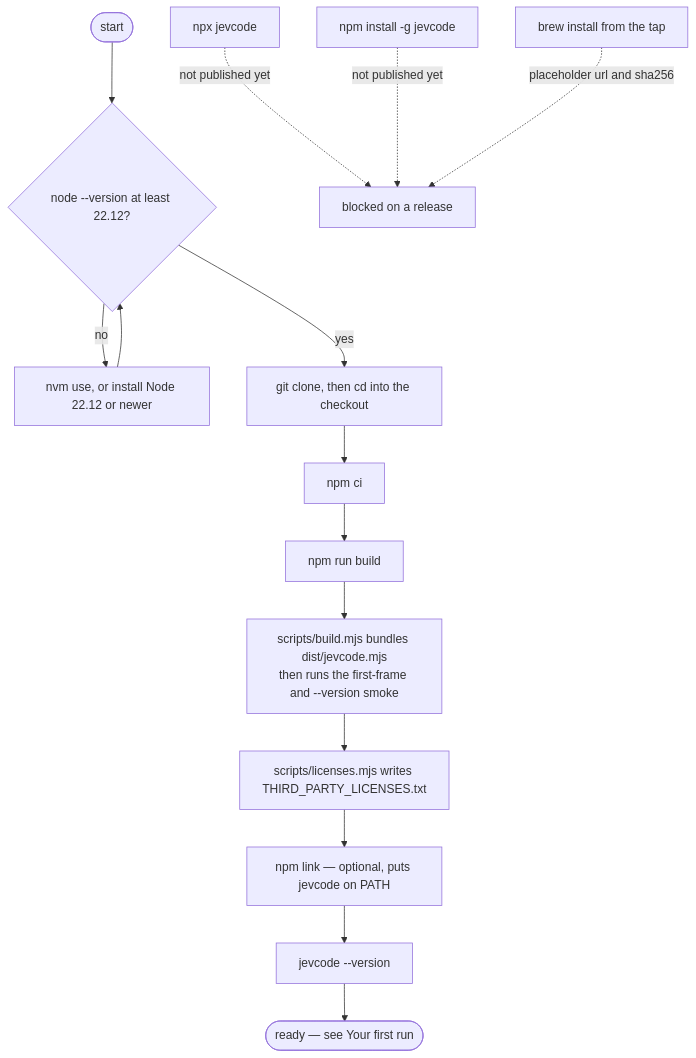
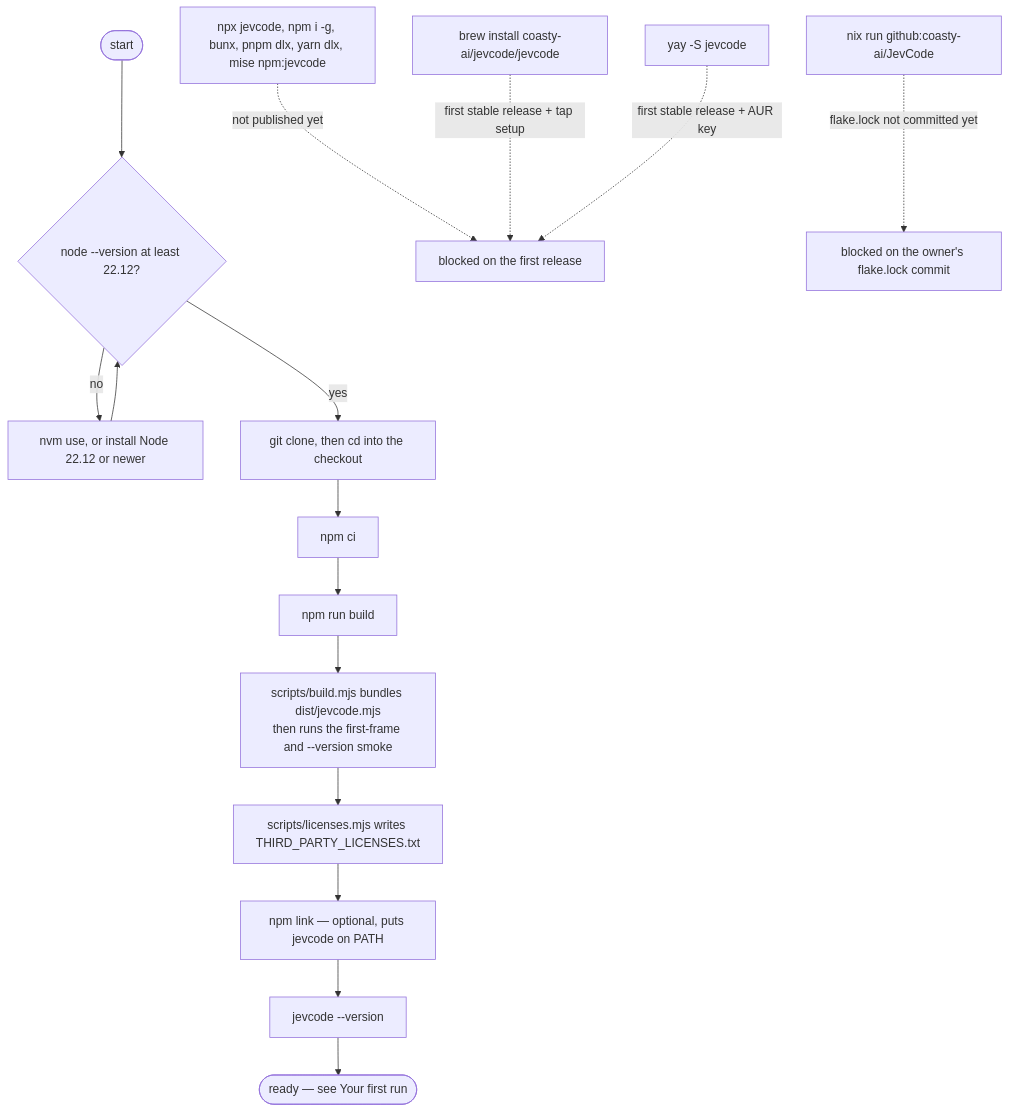
The diagram in docs/getting-started/install.md (coasty-ai/JevCode), drawn with Mermaid before and after one commit. The commit also changed other lines of this file and 5 other files, not shown here.

````diff
--- a/docs/getting-started/install.md
+++ b/docs/getting-started/install.md
@@ -69,18 +170,19 @@
 ```mermaid
 flowchart TD
   A(["start"]) --> N{"node --version at least 22.12?"}
   N -->|"no"| NVM["nvm use, or install Node 22.12 or newer"]
   NVM --> N
   N -->|"yes"| S1["git clone, then cd into the checkout"]
   S1 --> S2["npm ci"]
   S2 --> S3["npm run build"]
   S3 --> S3A["scripts/build.mjs bundles dist/jevcode.mjs<br/>then runs the first-frame and --version smoke"]
   S3A --> S3B["scripts/licenses.mjs writes THIRD_PARTY_LICENSES.txt"]
   S3B --> S4["npm link — optional, puts jevcode on PATH"]
   S4 --> V["jevcode --version"]
   V --> READY(["ready — see Your first run"])
 
-  X1["npx jevcode"] -.->|"not published yet"| BLOCKED["blocked on a release"]
-  X2["npm install -g jevcode"] -.->|"not published yet"| BLOCKED
-  X3["brew install from the tap"] -.->|"placeholder url and sha256"| BLOCKED
+  X1["npx jevcode, npm i -g, bunx, pnpm dlx, yarn dlx, mise npm:jevcode"] -.->|"not published yet"| BLOCKED["blocked on the first release"]
+  X2["brew install coasty-ai/jevcode/jevcode"] -.->|"first stable release + tap setup"| BLOCKED
+  X3["yay -S jevcode"] -.->|"first stable release + AUR key"| BLOCKED
+  X4["nix run github:coasty-ai/JevCode"] -.->|"flake.lock not committed yet"| LOCK["blocked on the owner's flake.lock commit"]
 ```
````
